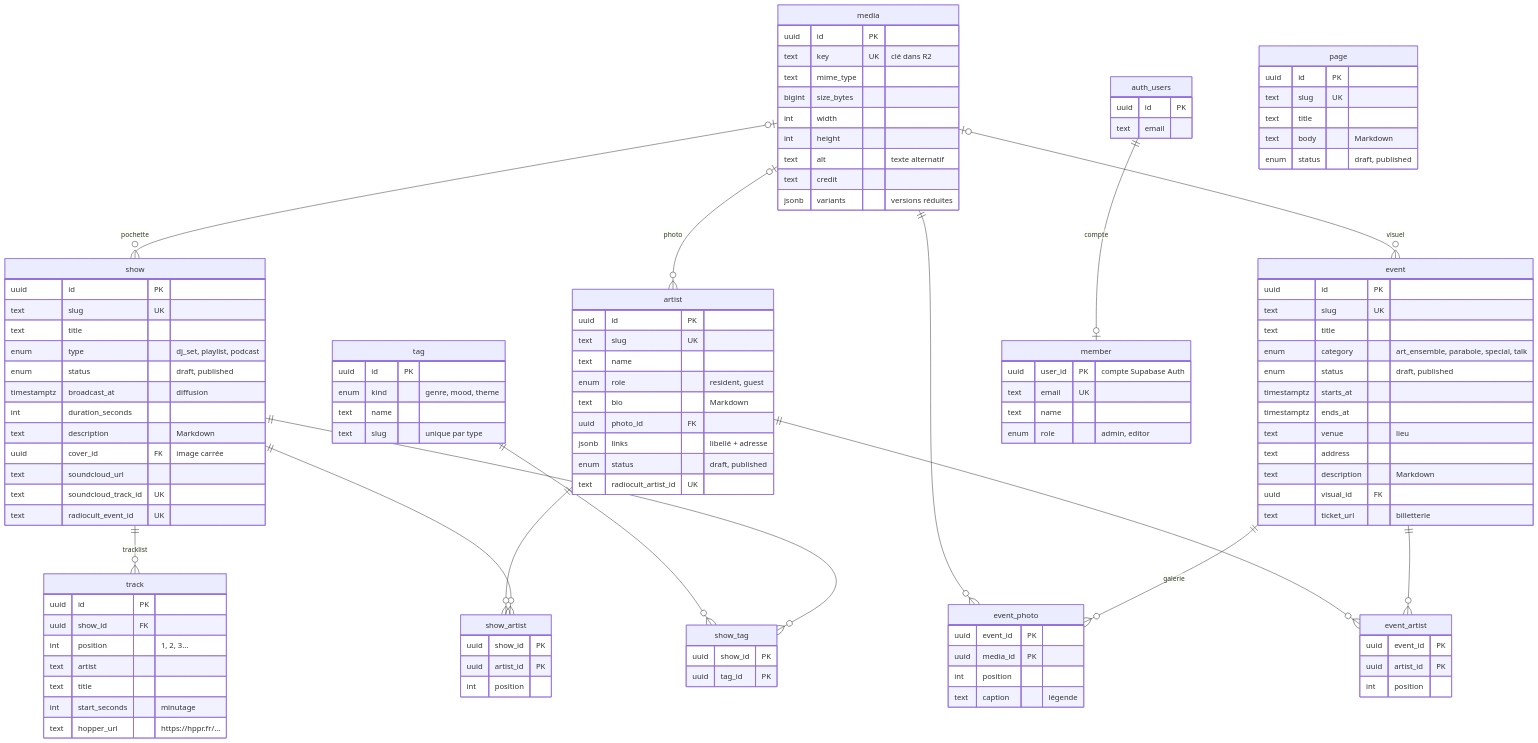
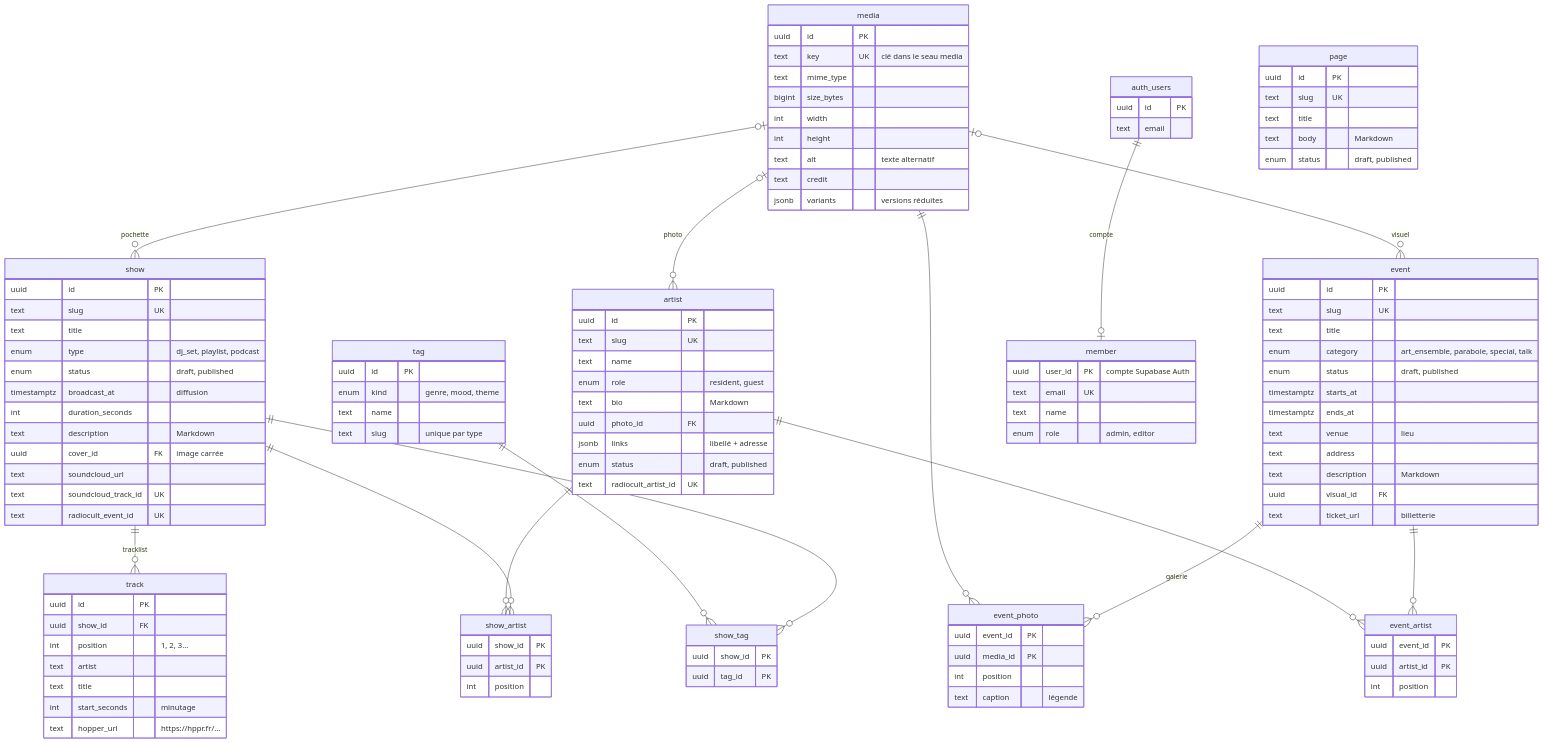
Before and after one commit to lazbutton/parabole-radio-site: the diagram in cms/README.md, drawn with Mermaid. The commit also changed other lines of this file and 10 other files, not shown here.

```diff
--- a/cms/README.md
+++ b/cms/README.md
@@ -164,7 +164,7 @@
     }
     media {
         uuid id PK
-        text key UK "clé dans R2"
+        text key UK "clé dans le seau media"
         text mime_type
         bigint size_bytes
         int width
```
